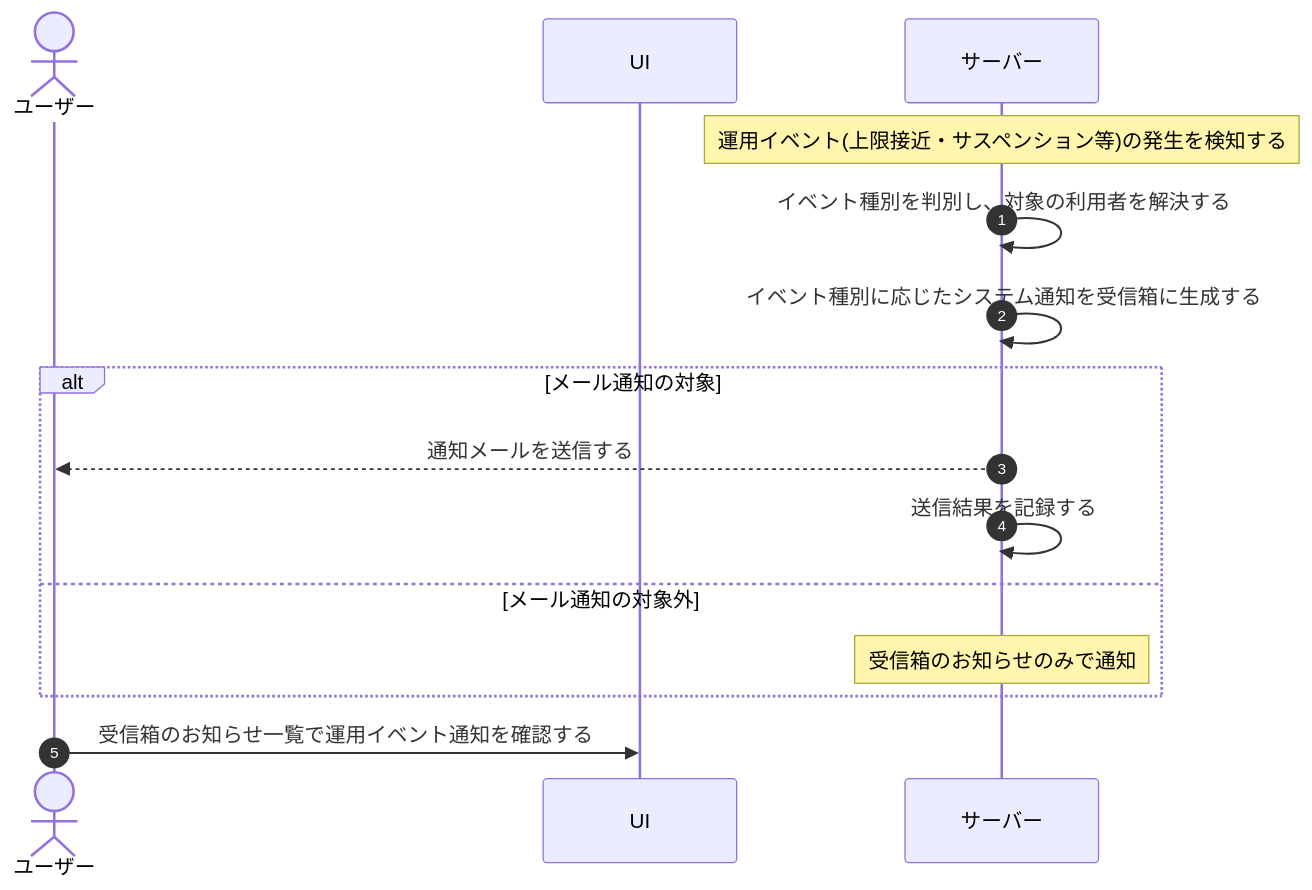
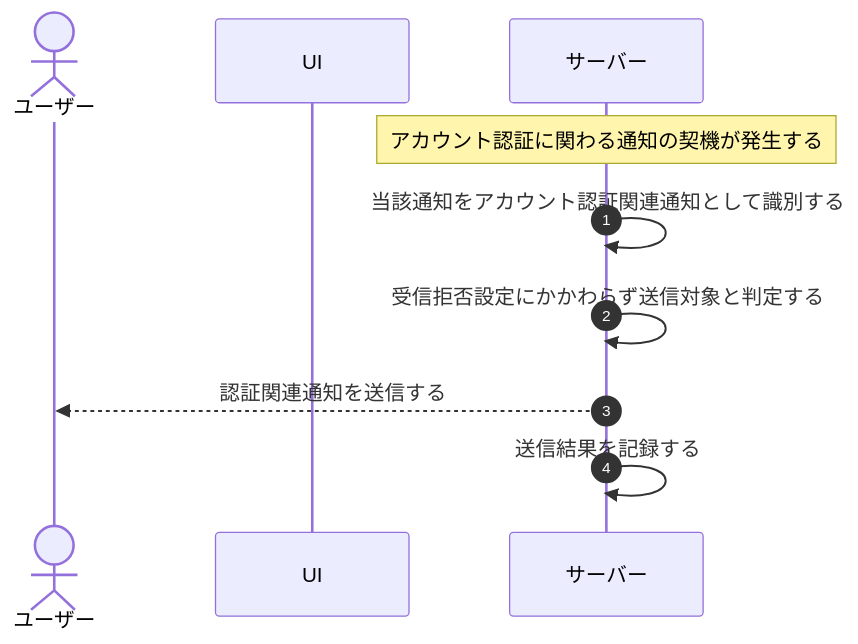
Before and after one commit to sikakou54/open-faq: the diagram in 01_requirements/04_business_usecases/UC-064.md, drawn with Mermaid. The commit also changed other lines of this file and 395 other files, not shown here.

````diff
--- a/01_requirements/04_business_usecases/UC-064.md
+++ b/01_requirements/04_business_usecases/UC-064.md
@@ -27,18 +26,13 @@
 ```mermaid
 sequenceDiagram
   autonumber
   actor U as ユーザー
   participant UI as UI
   participant S as サーバー
 
-  Note over S: 運用イベント(上限接近・サスペンション等)の発生を検知する
-  S->>S: イベント種別を判別し、対象の利用者を解決する
-  S->>S: イベント種別に応じたシステム通知を受信箱に生成する
-  alt メール通知の対象
-    S-->>U: 通知メールを送信する
-    S->>S: 送信結果を記録する
-  else メール通知の対象外
-    Note over S: 受信箱のお知らせのみで通知
-  end
-  U->>UI: 受信箱のお知らせ一覧で運用イベント通知を確認する
+  Note over S: アカウント認証に関わる通知の契機が発生する
+  S->>S: 当該通知をアカウント認証関連通知として識別する
+  S->>S: 受信拒否設定にかかわらず送信対象と判定する
+  S-->>U: 認証関連通知を送信する
+  S->>S: 送信結果を記録する
 ```
````
